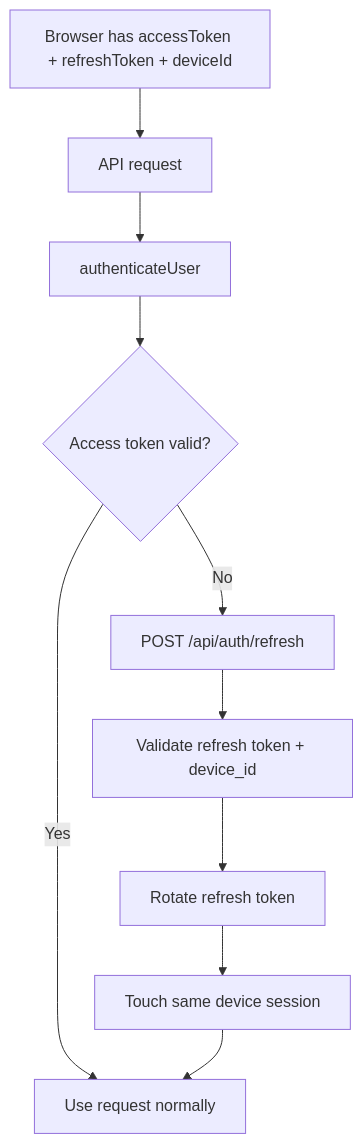
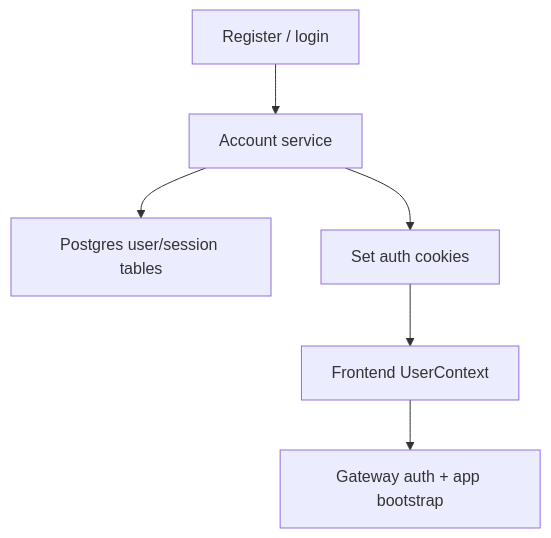
The third of 9 diagrams in VOID0000-www/docs/project-flow-map.md (voidjack233/VOIDCHATS-NOTE2EE), drawn with Mermaid before and after one commit. The commit also changed other lines of this file and 497 other files, not shown here.

````diff
--- a/VOID0000-www/docs/project-flow-map.md
+++ b/VOID0000-www/docs/project-flow-map.md
@@ -168,12 +132,8 @@
 ```mermaid
 flowchart TD
-  A[Browser has accessToken + refreshToken + deviceId] --> B[API request]
-  B --> C[authenticateUser]
-  C --> D{Access token valid?}
-  D -- No --> E[POST /api/auth/refresh]
-  E --> F[Validate refresh token + device_id]
-  F --> G[Rotate refresh token]
-  G --> H[Touch same device session]
-  D -- Yes --> I[Use request normally]
-  H --> I
+  A[Register / login] --> B[Account service]
+  B --> C[Postgres user/session tables]
+  B --> D[Set auth cookies]
+  D --> E[Frontend UserContext]
+  E --> F[Gateway auth + app bootstrap]
 ```
````
